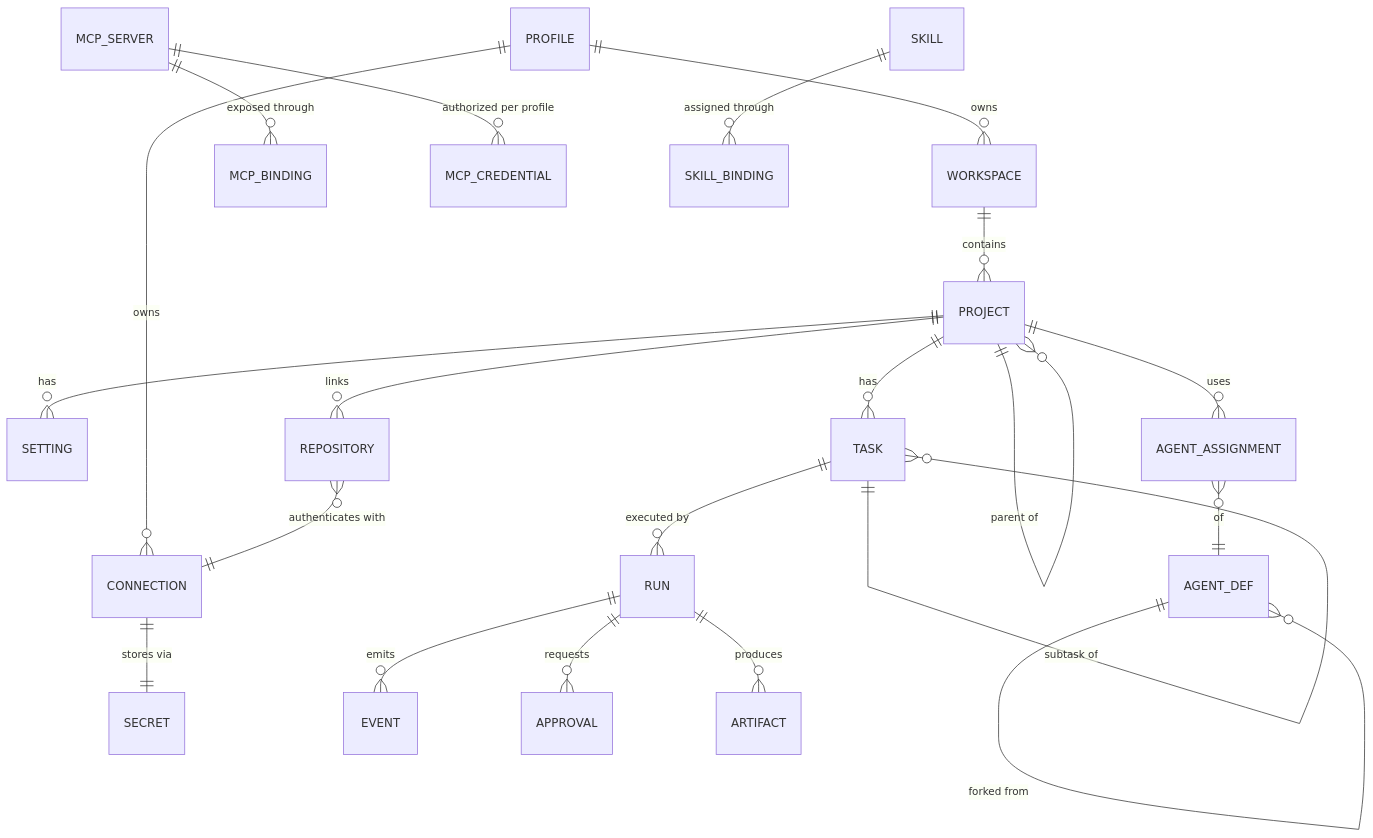
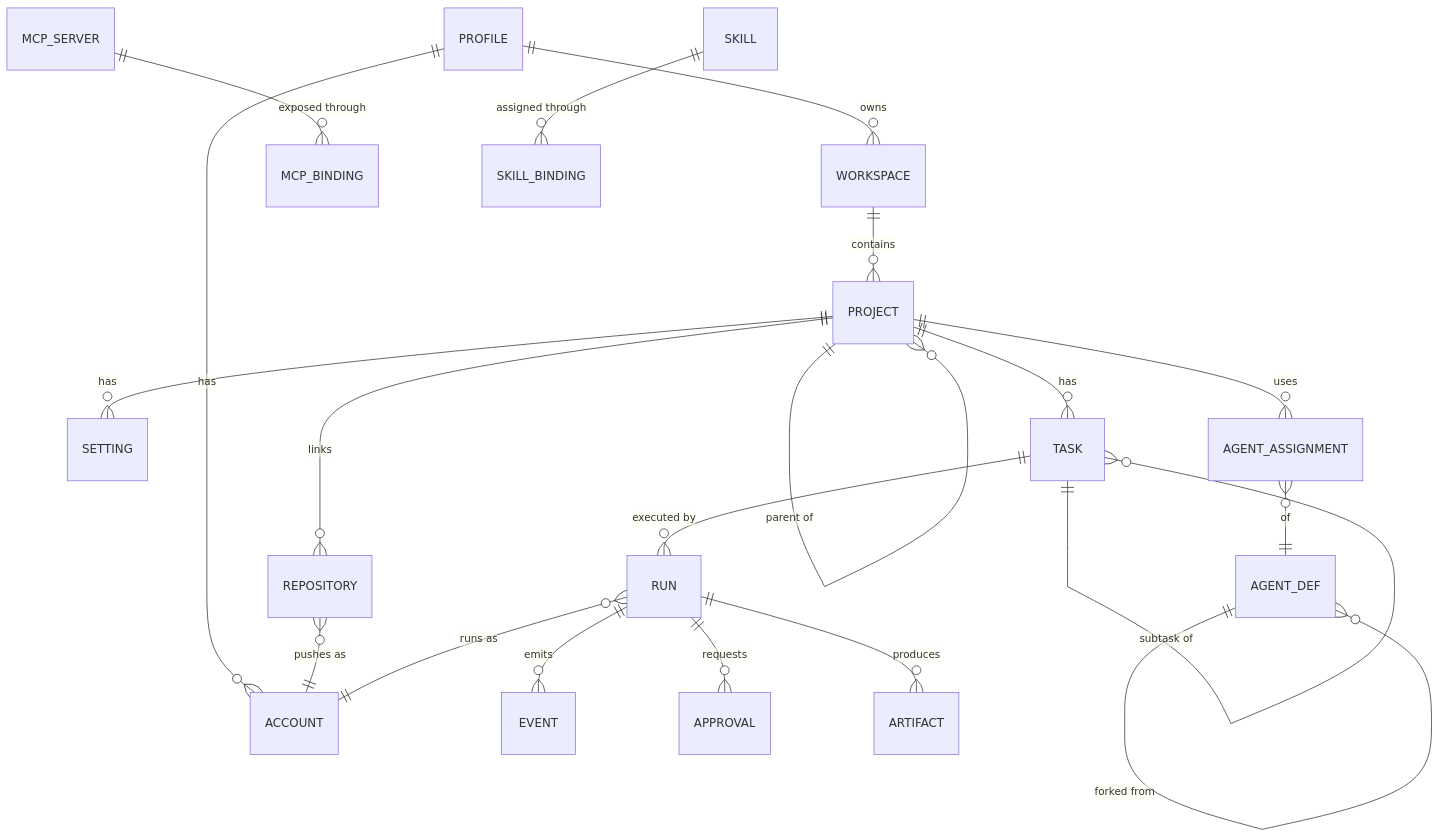
One commit to jakubkodajek/Vision changed the second of 2 diagrams in docs/PLAN.md. Above: the diagram before and after it, drawn with Mermaid. The commit also changed other lines of this file and 1 other file, not shown here.

````diff
--- a/docs/PLAN.md
+++ b/docs/PLAN.md
@@ -253,23 +256,22 @@
 ```mermaid
 erDiagram
+    PROFILE ||--o{ ACCOUNT : has
     PROFILE ||--o{ WORKSPACE : owns
-    PROFILE ||--o{ CONNECTION : owns
-    CONNECTION ||--|| SECRET : "stores via"
     WORKSPACE ||--o{ PROJECT : contains
     PROJECT ||--o{ PROJECT : "parent of"
     PROJECT ||--o{ SETTING : has
     PROJECT ||--o{ REPOSITORY : links
-    REPOSITORY }o--|| CONNECTION : "authenticates with"
+    REPOSITORY }o--|| ACCOUNT : "pushes as"
     AGENT_DEF ||--o{ AGENT_DEF : "forked from"
     PROJECT ||--o{ AGENT_ASSIGNMENT : uses
     AGENT_ASSIGNMENT }o--|| AGENT_DEF : of
     MCP_SERVER ||--o{ MCP_BINDING : "exposed through"
-    MCP_SERVER ||--o{ MCP_CREDENTIAL : "authorized per profile"
     SKILL ||--o{ SKILL_BINDING : "assigned through"
     PROJECT ||--o{ TASK : has
     TASK ||--o{ TASK : "subtask of"
     TASK ||--o{ RUN : "executed by"
+    RUN }o--|| ACCOUNT : "runs as"
     RUN ||--o{ EVENT : emits
     RUN ||--o{ APPROVAL : requests
     RUN ||--o{ ARTIFACT : produces
 ```
````
